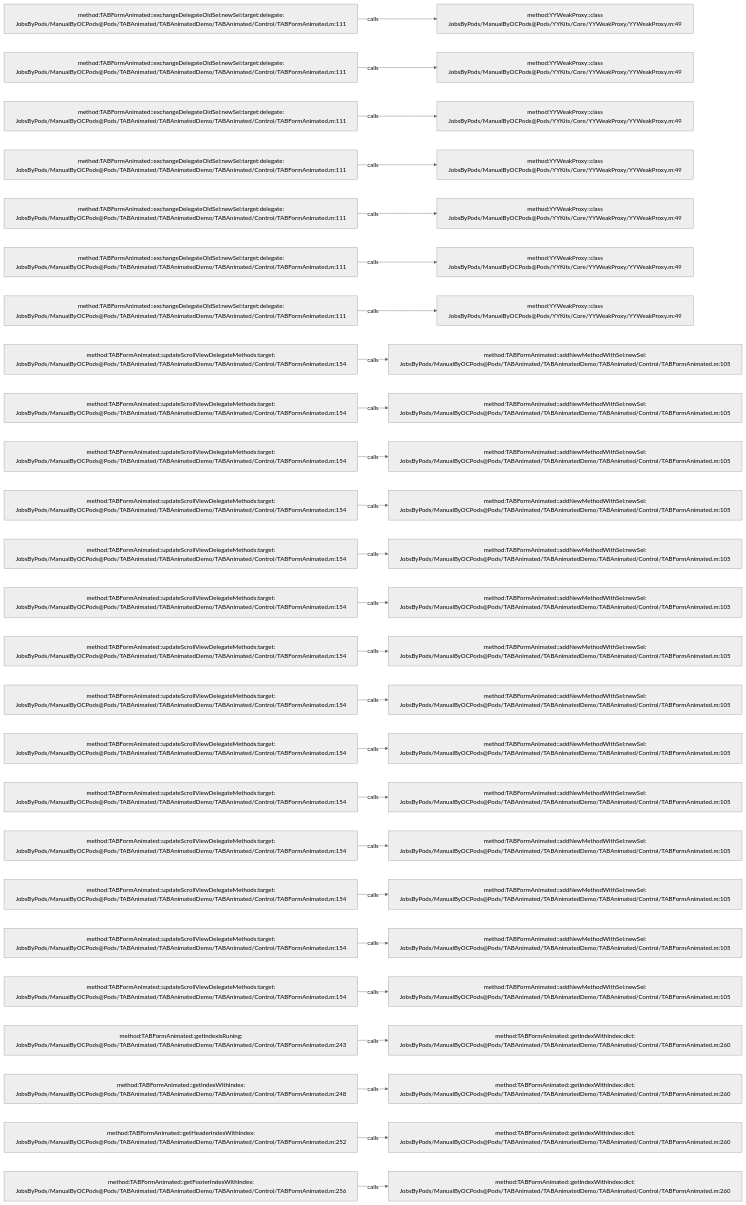
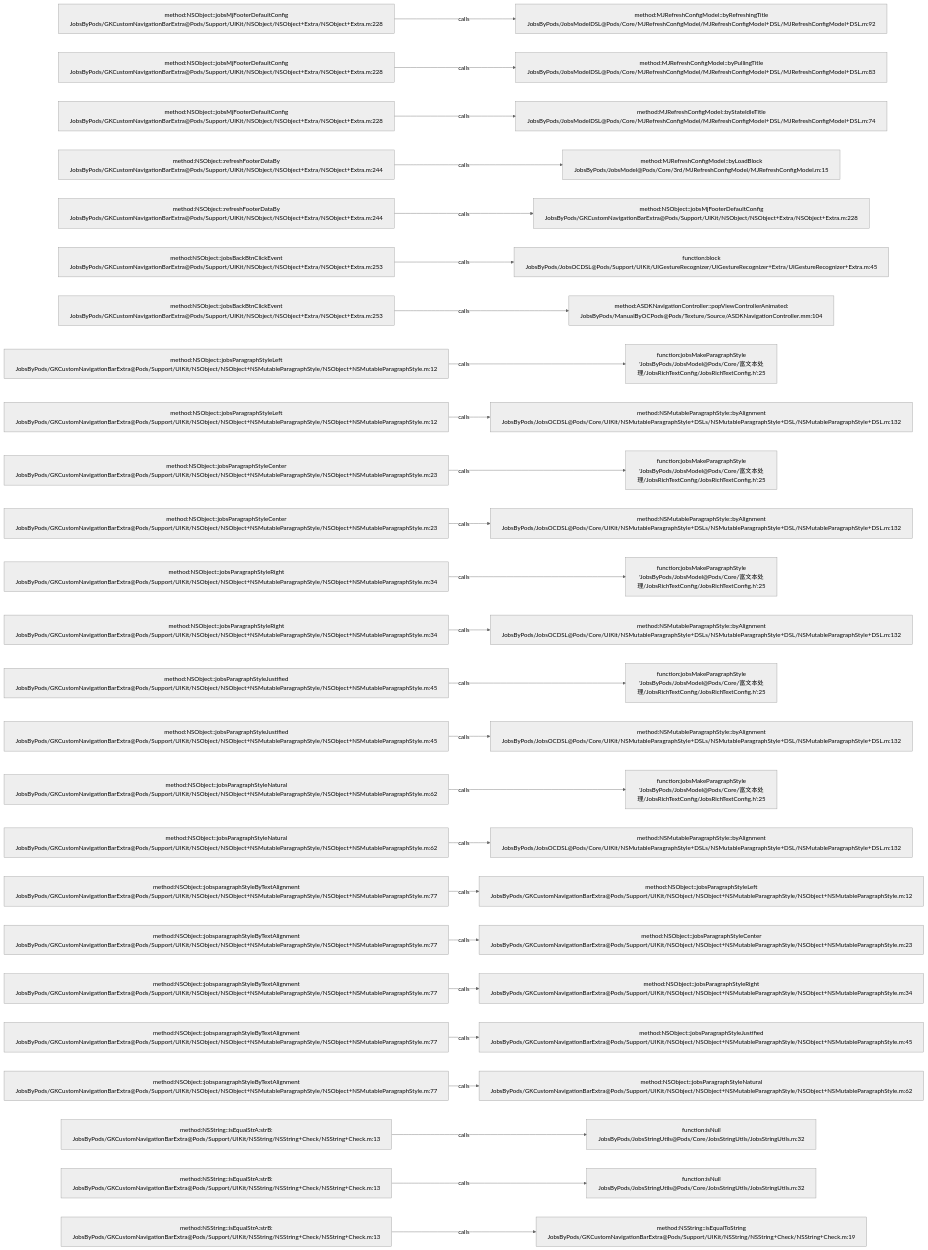
The diagram in .codegraph/codegraph.md/graphs/calls-014.md (JobsKits/JobsOCBaseConfigDemo), drawn with Mermaid (neutral theme) before and after one commit. The commit also changed 768 other files, not shown here.

````diff
--- a/.codegraph/codegraph.md/graphs/calls-014.md
+++ b/.codegraph/codegraph.md/graphs/calls-014.md
@@ -13,78 +13,78 @@
 ```mermaid
 flowchart LR
-  S1["method:TABFormAnimated::exchangeDelegateOldSel:newSel:target:delegate:<br/>JobsByPods/ManualByOCPods@Pods/TABAnimated/TABAnimatedDemo/TABAnimated/Control/TABFormAnimated.m:111"]
-  T1["method:YYWeakProxy::class<br/>JobsByPods/ManualByOCPods@Pods/YYKits/Core/YYWeakProxy/YYWeakProxy.m:49"]
+  S1["method:NSObject::jobsMjFooterDefaultConfig<br/>JobsByPods/GKCustomNavigationBarExtra@Pods/Support/UIKit/NSObject/NSObject+Extra/NSObject+Extra.m:228"]
+  T1["method:MJRefreshConfigModel::byRefreshingTitle<br/>JobsByPods/JobsModelDSL@Pods/Core/MJRefreshConfigModel/MJRefreshConfigModel+DSL/MJRefreshConfigModel+DSL.m:92"]
   S1 -->|calls| T1
-  S2["method:TABFormAnimated::exchangeDelegateOldSel:newSel:target:delegate:<br/>JobsByPods/ManualByOCPods@Pods/TABAnimated/TABAnimatedDemo/TABAnimated/Control/TABFormAnimated.m:111"]
-  T2["method:YYWeakProxy::class<br/>JobsByPods/ManualByOCPods@Pods/YYKits/Core/YYWeakProxy/YYWeakProxy.m:49"]
+  S2["method:NSObject::jobsMjFooterDefaultConfig<br/>JobsByPods/GKCustomNavigationBarExtra@Pods/Support/UIKit/NSObject/NSObject+Extra/NSObject+Extra.m:228"]
+  T2["method:MJRefreshConfigModel::byPullingTitle<br/>JobsByPods/JobsModelDSL@Pods/Core/MJRefreshConfigModel/MJRefreshConfigModel+DSL/MJRefreshConfigModel+DSL.m:83"]
   S2 -->|calls| T2
-  S3["method:TABFormAnimated::exchangeDelegateOldSel:newSel:target:delegate:<br/>JobsByPods/ManualByOCPods@Pods/TABAnimated/TABAnimatedDemo/TABAnimated/Control/TABFormAnimated.m:111"]
-  T3["method:YYWeakProxy::class<br/>JobsByPods/ManualByOCPods@Pods/YYKits/Core/YYWeakProxy/YYWeakProxy.m:49"]
+  S3["method:NSObject::jobsMjFooterDefaultConfig<br/>JobsByPods/GKCustomNavigationBarExtra@Pods/Support/UIKit/NSObject/NSObject+Extra/NSObject+Extra.m:228"]
+  T3["method:MJRefreshConfigModel::byStateIdleTitle<br/>JobsByPods/JobsModelDSL@Pods/Core/MJRefreshConfigModel/MJRefreshConfigModel+DSL/MJRefreshConfigModel+DSL.m:74"]
   S3 -->|calls| T3
-  S4["method:TABFormAnimated::exchangeDelegateOldSel:newSel:target:delegate:<br/>JobsByPods/ManualByOCPods@Pods/TABAnimated/TABAnimatedDemo/TABAnimated/Control/TABFormAnimated.m:111"]
-  T4["method:YYWeakProxy::class<br/>JobsByPods/ManualByOCPods@Pods/YYKits/Core/YYWeakProxy/YYWeakProxy.m:49"]
+  S4["method:NSObject::refreshFooterDataBy<br/>JobsByPods/GKCustomNavigationBarExtra@Pods/Support/UIKit/NSObject/NSObject+Extra/NSObject+Extra.m:244"]
+  T4["method:MJRefreshConfigModel::byLoadBlock<br/>JobsByPods/JobsModel@Pods/Core/3rd/MJRefreshConfigModel/MJRefreshConfigModel.m:15"]
   S4 -->|calls| T4
-  S5["method:TABFormAnimated::exchangeDelegateOldSel:newSel:target:delegate:<br/>JobsByPods/ManualByOCPods@Pods/TABAnimated/TABAnimatedDemo/TABAnimated/Control/TABFormAnimated.m:111"]
-  T5["method:YYWeakProxy::class<br/>JobsByPods/ManualByOCPods@Pods/YYKits/Core/YYWeakProxy/YYWeakProxy.m:49"]
+  S5["method:NSObject::refreshFooterDataBy<br/>JobsByPods/GKCustomNavigationBarExtra@Pods/Support/UIKit/NSObject/NSObject+Extra/NSObject+Extra.m:244"]
+  T5["method:NSObject::jobsMjFooterDefaultConfig<br/>JobsByPods/GKCustomNavigationBarExtra@Pods/Support/UIKit/NSObject/NSObject+Extra/NSObject+Extra.m:228"]
   S5 -->|calls| T5
-  S6["method:TABFormAnimated::exchangeDelegateOldSel:newSel:target:delegate:<br/>JobsByPods/ManualByOCPods@Pods/TABAnimated/TABAnimatedDemo/TABAnimated/Control/TABFormAnimated.m:111"]
-  T6["method:YYWeakProxy::class<br/>JobsByPods/ManualByOCPods@Pods/YYKits/Core/YYWeakProxy/YYWeakProxy.m:49"]
+  S6["method:NSObject::jobsBackBtnClickEvent<br/>JobsByPods/GKCustomNavigationBarExtra@Pods/Support/UIKit/NSObject/NSObject+Extra/NSObject+Extra.m:253"]
+  T6["function:block<br/>JobsByPods/JobsOCDSL@Pods/Support/UIKit/UIGestureRecognizer/UIGestureRecognizer+Extra/UIGestureRecognizer+Extra.m:45"]
   S6 -->|calls| T6
-  S7["method:TABFormAnimated::exchangeDelegateOldSel:newSel:target:delegate:<br/>JobsByPods/ManualByOCPods@Pods/TABAnimated/TABAnimatedDemo/TABAnimated/Control/TABFormAnimated.m:111"]
-  T7["method:YYWeakProxy::class<br/>JobsByPods/ManualByOCPods@Pods/YYKits/Core/YYWeakProxy/YYWeakProxy.m:49"]
+  S7["method:NSObject::jobsBackBtnClickEvent<br/>JobsByPods/GKCustomNavigationBarExtra@Pods/Support/UIKit/NSObject/NSObject+Extra/NSObject+Extra.m:253"]
+  T7["method:ASDKNavigationController::popViewControllerAnimated:<br/>JobsByPods/ManualByOCPods@Pods/Texture/Source/ASDKNavigationController.mm:104"]
   S7 -->|calls| T7
-  S8["method:TABFormAnimated::updateScrollViewDelegateMethods:target:<br/>JobsByPods/ManualByOCPods@Pods/TABAnimated/TABAnimatedDemo/TABAnimated/Control/TABFormAnimated.m:154"]
-  T8["method:TABFormAnimated::addNewMethodWithSel:newSel:<br/>JobsByPods/ManualByOCPods@Pods/TABAnimated/TABAnimatedDemo/TABAnimated/Control/TABFormAnimated.m:105"]
+  S8["method:NSObject::jobsParagraphStyleLeft<br/>JobsByPods/GKCustomNavigationBarExtra@Pods/Support/UIKit/NSObject/NSObject+NSMutableParagraphStyle/NSObject+NSMutableParagraphStyle.m:12"]
+  T8["function:jobsMakeParagraphStyle<br/>'JobsByPods/JobsModel@Pods/Core/富文本处理/JobsRichTextConfig/JobsRichTextConfig.h':25"]
   S8 -->|calls| T8
-  S9["method:TABFormAnimated::updateScrollViewDelegateMethods:target:<br/>JobsByPods/ManualByOCPods@Pods/TABAnimated/TABAnimatedDemo/TABAnimated/Control/TABFormAnimated.m:154"]
-  T9["method:TABFormAnimated::addNewMethodWithSel:newSel:<br/>JobsByPods/ManualByOCPods@Pods/TABAnimated/TABAnimatedDemo/TABAnimated/Control/TABFormAnimated.m:105"]
+  S9["method:NSObject::jobsParagraphStyleLeft<br/>JobsByPods/GKCustomNavigationBarExtra@Pods/Support/UIKit/NSObject/NSObject+NSMutableParagraphStyle/NSObject+NSMutableParagraphStyle.m:12"]
+  T9["method:NSMutableParagraphStyle::byAlignment<br/>JobsByPods/JobsOCDSL@Pods/Core/UIKit/NSMutableParagraphStyle+DSLs/NSMutableParagraphStyle+DSL/NSMutableParagraphStyle+DSL.m:132"]
   S9 -->|calls| T9
-  S10["method:TABFormAnimated::updateScrollViewDelegateMethods:target:<br/>JobsByPods/ManualByOCPods@Pods/TABAnimated/TABAnimatedDemo/TABAnimated/Control/TABFormAnimated.m:154"]
-  T10["method:TABFormAnimated::addNewMethodWithSel:newSel:<br/>JobsByPods/ManualByOCPods@Pods/TABAnimated/TABAnimatedDemo/TABAnimated/Control/TABFormAnimated.m:105"]
+  S10["method:NSObject::jobsParagraphStyleCenter<br/>JobsByPods/GKCustomNavigationBarExtra@Pods/Support/UIKit/NSObject/NSObject+NSMutableParagraphStyle/NSObject+NSMutableParagraphStyle.m:23"]
+  T10["function:jobsMakeParagraphStyle<br/>'JobsByPods/JobsModel@Pods/Core/富文本处理/JobsRichTextConfig/JobsRichTextConfig.h':25"]
   S10 -->|calls| T10
-  S11["method:TABFormAnimated::updateScrollViewDelegateMethods:target:<br/>JobsByPods/ManualByOCPods@Pods/TABAnimated/TABAnimatedDemo/TABAnimated/Control/TABFormAnimated.m:154"]
-  T11["method:TABFormAnimated::addNewMethodWithSel:newSel:<br/>JobsByPods/ManualByOCPods@Pods/TABAnimated/TABAnimatedDemo/TABAnimated/Control/TABFormAnimated.m:105"]
+  S11["method:NSObject::jobsParagraphStyleCenter<br/>JobsByPods/GKCustomNavigationBarExtra@Pods/Support/UIKit/NSObject/NSObject+NSMutableParagraphStyle/NSObject+NSMutableParagraphStyle.m:23"]
+  T11["method:NSMutableParagraphStyle::byAlignment<br/>JobsByPods/JobsOCDSL@Pods/Core/UIKit/NSMutableParagraphStyle+DSLs/NSMutableParagraphStyle+DSL/NSMutableParagraphStyle+DSL.m:132"]
   S11 -->|calls| T11
-  S12["method:TABFormAnimated::updateScrollViewDelegateMethods:target:<br/>JobsByPods/ManualByOCPods@Pods/TABAnimated/TABAnimatedDemo/TABAnimated/Control/TABFormAnimated.m:154"]
-  T12["method:TABFormAnimated::addNewMethodWithSel:newSel:<br/>JobsByPods/ManualByOCPods@Pods/TABAnimated/TABAnimatedDemo/TABAnimated/Control/TABFormAnimated.m:105"]
+  S12["method:NSObject::jobsParagraphStyleRight<br/>JobsByPods/GKCustomNavigationBarExtra@Pods/Support/UIKit/NSObject/NSObject+NSMutableParagraphStyle/NSObject+NSMutableParagraphStyle.m:34"]
+  T12["function:jobsMakeParagraphStyle<br/>'JobsByPods/JobsModel@Pods/Core/富文本处理/JobsRichTextConfig/JobsRichTextConfig.h':25"]
   S12 -->|calls| T12
-  S13["method:TABFormAnimated::updateScrollViewDelegateMethods:target:<br/>JobsByPods/ManualByOCPods@Pods/TABAnimated/TABAnimatedDemo/TABAnimated/Control/TABFormAnimated.m:154"]
-  T13["method:TABFormAnimated::addNewMethodWithSel:newSel:<br/>JobsByPods/ManualByOCPods@Pods/TABAnimated/TABAnimatedDemo/TABAnimated/Control/TABFormAnimated.m:105"]
+  S13["method:NSObject::jobsParagraphStyleRight<br/>JobsByPods/GKCustomNavigationBarExtra@Pods/Support/UIKit/NSObject/NSObject+NSMutableParagraphStyle/NSObject+NSMutableParagraphStyle.m:34"]
+  T13["method:NSMutableParagraphStyle::byAlignment<br/>JobsByPods/JobsOCDSL@Pods/Core/UIKit/NSMutableParagraphStyle+DSLs/NSMutableParagraphStyle+DSL/NSMutableParagraphStyle+DSL.m:132"]
   S13 -->|calls| T13
-  S14["method:TABFormAnimated::updateScrollViewDelegateMethods:target:<br/>JobsByPods/ManualByOCPods@Pods/TABAnimated/TABAnimatedDemo/TABAnimated/Control/TABFormAnimated.m:154"]
-  T14["method:TABFormAnimated::addNewMethodWithSel:newSel:<br/>JobsByPods/ManualByOCPods@Pods/TABAnimated/TABAnimatedDemo/TABAnimated/Control/TABFormAnimated.m:105"]
+  S14["method:NSObject::jobsParagraphStyleJustified<br/>JobsByPods/GKCustomNavigationBarExtra@Pods/Support/UIKit/NSObject/NSObject+NSMutableParagraphStyle/NSObject+NSMutableParagraphStyle.m:45"]
+  T14["function:jobsMakeParagraphStyle<br/>'JobsByPods/JobsModel@Pods/Core/富文本处理/JobsRichTextConfig/JobsRichTextConfig.h':25"]
   S14 -->|calls| T14
-  S15["method:TABFormAnimated::updateScrollViewDelegateMethods:target:<br/>JobsByPods/ManualByOCPods@Pods/TABAnimated/TABAnimatedDemo/TABAnimated/Control/TABFormAnimated.m:154"]
-  T15["method:TABFormAnimated::addNewMethodWithSel:newSel:<br/>JobsByPods/ManualByOCPods@Pods/TABAnimated/TABAnimatedDemo/TABAnimated/Control/TABFormAnimated.m:105"]
+  S15["method:NSObject::jobsParagraphStyleJustified<br/>JobsByPods/GKCustomNavigationBarExtra@Pods/Support/UIKit/NSObject/NSObject+NSMutableParagraphStyle/NSObject+NSMutableParagraphStyle.m:45"]
+  T15["method:NSMutableParagraphStyle::byAlignment<br/>JobsByPods/JobsOCDSL@Pods/Core/UIKit/NSMutableParagraphStyle+DSLs/NSMutableParagraphStyle+DSL/NSMutableParagraphStyle+DSL.m:132"]
   S15 -->|calls| T15
-  S16["method:TABFormAnimated::updateScrollViewDelegateMethods:target:<br/>JobsByPods/ManualByOCPods@Pods/TABAnimated/TABAnimatedDemo/TABAnimated/Control/TABFormAnimated.m:154"]
-  T16["method:TABFormAnimated::addNewMethodWithSel:newSel:<br/>JobsByPods/ManualByOCPods@Pods/TABAnimated/TABAnimatedDemo/TABAnimated/Control/TABFormAnimated.m:105"]
+  S16["method:NSObject::jobsParagraphStyleNatural<br/>JobsByPods/GKCustomNavigationBarExtra@Pods/Support/UIKit/NSObject/NSObject+NSMutableParagraphStyle/NSObject+NSMutableParagraphStyle.m:62"]
+  T16["function:jobsMakeParagraphStyle<br/>'JobsByPods/JobsModel@Pods/Core/富文本处理/JobsRichTextConfig/JobsRichTextConfig.h':25"]
   S16 -->|calls| T16
-  S17["method:TABFormAnimated::updateScrollViewDelegateMethods:target:<br/>JobsByPods/ManualByOCPods@Pods/TABAnimated/TABAnimatedDemo/TABAnimated/Control/TABFormAnimated.m:154"]
-  T17["method:TABFormAnimated::addNewMethodWithSel:newSel:<br/>JobsByPods/ManualByOCPods@Pods/TABAnimated/TABAnimatedDemo/TABAnimated/Control/TABFormAnimated.m:105"]
+  S17["method:NSObject::jobsParagraphStyleNatural<br/>JobsByPods/GKCustomNavigationBarExtra@Pods/Support/UIKit/NSObject/NSObject+NSMutableParagraphStyle/NSObject+NSMutableParagraphStyle.m:62"]
+  T17["method:NSMutableParagraphStyle::byAlignment<br/>JobsByPods/JobsOCDSL@Pods/Core/UIKit/NSMutableParagraphStyle+DSLs/NSMutableParagraphStyle+DSL/NSMutableParagraphStyle+DSL.m:132"]
   S17 -->|calls| T17
-  S18["method:TABFormAnimated::updateScrollViewDelegateMethods:target:<br/>JobsByPods/ManualByOCPods@Pods/TABAnimated/TABAnimatedDemo/TABAnimated/Control/TABFormAnimated.m:154"]
-  T18["method:TABFormAnimated::addNewMethodWithSel:newSel:<br/>JobsByPods/ManualByOCPods@Pods/TABAnimated/TABAnimatedDemo/TABAnimated/Control/TABFormAnimated.m:105"]
+  S18["method:NSObject::jobsparagraphStyleByTextAlignment<br/>JobsByPods/GKCustomNavigationBarExtra@Pods/Support/UIKit/NSObject/NSObject+NSMutableParagraphStyle/NSObject+NSMutableParagraphStyle.m:77"]
+  T18["method:NSObject::jobsParagraphStyleLeft<br/>JobsByPods/GKCustomNavigationBarExtra@Pods/Support/UIKit/NSObject/NSObject+NSMutableParagraphStyle/NSObject+NSMutableParagraphStyle.m:12"]
   S18 -->|calls| T18
-  S19["method:TABFormAnimated::updateScrollViewDelegateMethods:target:<br/>JobsByPods/ManualByOCPods@Pods/TABAnimated/TABAnimatedDemo/TABAnimated/Control/TABFormAnimated.m:154"]
-  T19["method:TABFormAnimated::addNewMethodWithSel:newSel:<br/>JobsByPods/ManualByOCPods@Pods/TABAnimated/TABAnimatedDemo/TABAnimated/Control/TABFormAnimated.m:105"]
+  S19["method:NSObject::jobsparagraphStyleByTextAlignment<br/>JobsByPods/GKCustomNavigationBarExtra@Pods/Support/UIKit/NSObject/NSObject+NSMutableParagraphStyle/NSObject+NSMutableParagraphStyle.m:77"]
+  T19["method:NSObject::jobsParagraphStyleCenter<br/>JobsByPods/GKCustomNavigationBarExtra@Pods/Support/UIKit/NSObject/NSObject+NSMutableParagraphStyle/NSObject+NSMutableParagraphStyle.m:23"]
   S19 -->|calls| T19
-  S20["method:TABFormAnimated::updateScrollViewDelegateMethods:target:<br/>JobsByPods/ManualByOCPods@Pods/TABAnimated/TABAnimatedDemo/TABAnimated/Control/TABFormAnimated.m:154"]
-  T20["method:TABFormAnimated::addNewMethodWithSel:newSel:<br/>JobsByPods/ManualByOCPods@Pods/TABAnimated/TABAnimatedDemo/TABAnimated/Control/TABFormAnimated.m:105"]
+  S20["method:NSObject::jobsparagraphStyleByTextAlignment<br/>JobsByPods/GKCustomNavigationBarExtra@Pods/Support/UIKit/NSObject/NSObject+NSMutableParagraphStyle/NSObject+NSMutableParagraphStyle.m:77"]
+  T20["method:NSObject::jobsParagraphStyleRight<br/>JobsByPods/GKCustomNavigationBarExtra@Pods/Support/UIKit/NSObject/NSObject+NSMutableParagraphStyle/NSObject+NSMutableParagraphStyle.m:34"]
   S20 -->|calls| T20
-  S21["method:TABFormAnimated::updateScrollViewDelegateMethods:target:<br/>JobsByPods/ManualByOCPods@Pods/TABAnimated/TABAnimatedDemo/TABAnimated/Control/TABFormAnimated.m:154"]
-  T21["method:TABFormAnimated::addNewMethodWithSel:newSel:<br/>JobsByPods/ManualByOCPods@Pods/TABAnimated/TABAnimatedDemo/TABAnimated/Control/TABFormAnimated.m:105"]
+  S21["method:NSObject::jobsparagraphStyleByTextAlignment<br/>JobsByPods/GKCustomNavigationBarExtra@Pods/Support/UIKit/NSObject/NSObject+NSMutableParagraphStyle/NSObject+NSMutableParagraphStyle.m:77"]
+  T21["method:NSObject::jobsParagraphStyleJustified<br/>JobsByPods/GKCustomNavigationBarExtra@Pods/Support/UIKit/NSObject/NSObject+NSMutableParagraphStyle/NSObject+NSMutableParagraphStyle.m:45"]
   S21 -->|calls| T21
-  S22["method:TABFormAnimated::getIndexIsRuning:<br/>JobsByPods/ManualByOCPods@Pods/TABAnimated/TABAnimatedDemo/TABAnimated/Control/TABFormAnimated.m:243"]
-  T22["method:TABFormAnimated::getIndexWithIndex:dict:<br/>JobsByPods/ManualByOCPods@Pods/TABAnimated/TABAnimatedDemo/TABAnimated/Control/TABFormAnimated.m:260"]
+  S22["method:NSObject::jobsparagraphStyleByTextAlignment<br/>JobsByPods/GKCustomNavigationBarExtra@Pods/Support/UIKit/NSObject/NSObject+NSMutableParagraphStyle/NSObject+NSMutableParagraphStyle.m:77"]
+  T22["method:NSObject::jobsParagraphStyleNatural<br/>JobsByPods/GKCustomNavigationBarExtra@Pods/Support/UIKit/NSObject/NSObject+NSMutableParagraphStyle/NSObject+NSMutableParagraphStyle.m:62"]
   S22 -->|calls| T22
-  S23["method:TABFormAnimated::getIndexWithIndex:<br/>JobsByPods/ManualByOCPods@Pods/TABAnimated/TABAnimatedDemo/TABAnimated/Control/TABFormAnimated.m:248"]
-  T23["method:TABFormAnimated::getIndexWithIndex:dict:<br/>JobsByPods/ManualByOCPods@Pods/TABAnimated/TABAnimatedDemo/TABAnimated/Control/TABFormAnimated.m:260"]
+  S23["method:NSString::isEqualStrA:strB:<br/>JobsByPods/GKCustomNavigationBarExtra@Pods/Support/UIKit/NSString/NSString+Check/NSString+Check.m:13"]
+  T23["function:isNull<br/>JobsByPods/JobsStringUtils@Pods/Core/JobsStringUtils/JobsStringUtils.m:32"]
   S23 -->|calls| T23
-  S24["method:TABFormAnimated::getHeaderIndexWithIndex:<br/>JobsByPods/ManualByOCPods@Pods/TABAnimated/TABAnimatedDemo/TABAnimated/Control/TABFormAnimated.m:252"]
-  T24["method:TABFormAnimated::getIndexWithIndex:dict:<br/>JobsByPods/ManualByOCPods@Pods/TABAnimated/TABAnimatedDemo/TABAnimated/Control/TABFormAnimated.m:260"]
+  S24["method:NSString::isEqualStrA:strB:<br/>JobsByPods/GKCustomNavigationBarExtra@Pods/Support/UIKit/NSString/NSString+Check/NSString+Check.m:13"]
+  T24["function:isNull<br/>JobsByPods/JobsStringUtils@Pods/Core/JobsStringUtils/JobsStringUtils.m:32"]
   S24 -->|calls| T24
-  S25["method:TABFormAnimated::getFooterIndexWithIndex:<br/>JobsByPods/ManualByOCPods@Pods/TABAnimated/TABAnimatedDemo/TABAnimated/Control/TABFormAnimated.m:256"]
-  T25["method:TABFormAnimated::getIndexWithIndex:dict:<br/>JobsByPods/ManualByOCPods@Pods/TABAnimated/TABAnimatedDemo/TABAnimated/Control/TABFormAnimated.m:260"]
+  S25["method:NSString::isEqualStrA:strB:<br/>JobsByPods/GKCustomNavigationBarExtra@Pods/Support/UIKit/NSString/NSString+Check/NSString+Check.m:13"]
+  T25["method:NSString::isEqualToString<br/>JobsByPods/GKCustomNavigationBarExtra@Pods/Support/UIKit/NSString/NSString+Check/NSString+Check.m:19"]
   S25 -->|calls| T25
 ```
````
